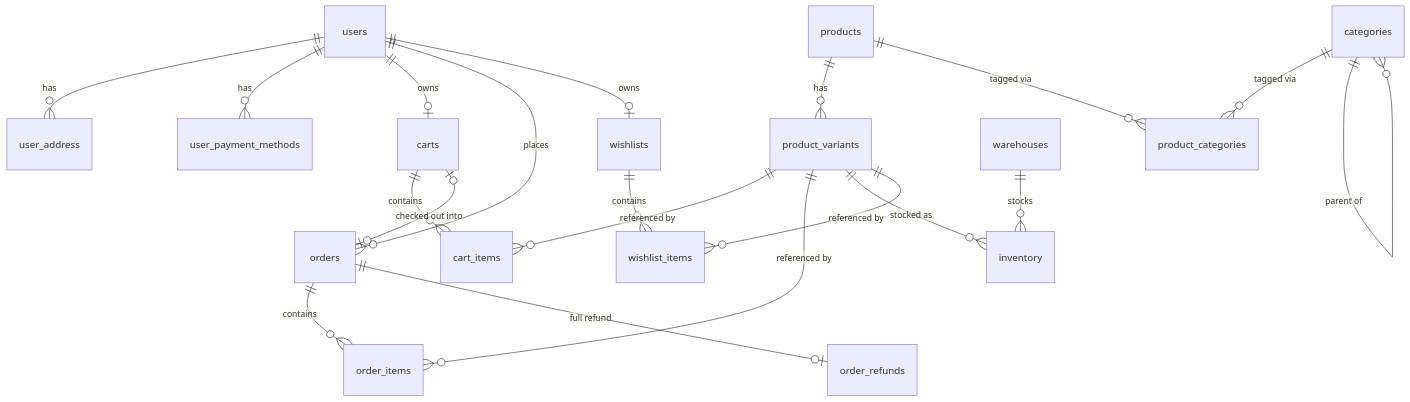
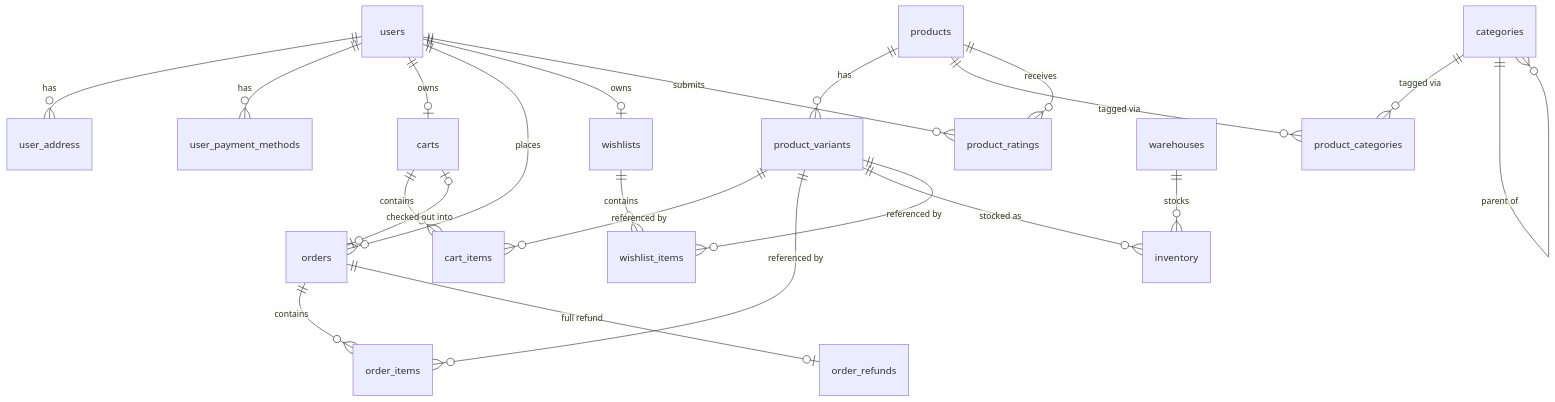
Before and after one commit to VladimirNilov28/dot-com-retail: the diagram in docs/database/FLYWAY_DB.md, drawn with Mermaid. The commit also changed other lines of this file and 22 other files, not shown here.

First line of the commit message:
feat: persist product ratings and add catalog rating sort (#78)

````diff
--- a/docs/database/FLYWAY_DB.md
+++ b/docs/database/FLYWAY_DB.md
@@ -38,27 +39,29 @@
 ```mermaid
 erDiagram
     users ||--o{ user_address : has
     users ||--o{ user_payment_methods : has
     users ||--o| carts : owns
     users ||--o{ orders : places
     users ||--o| wishlists : owns
+    users ||--o{ product_ratings : submits
 
     products ||--o{ product_variants : has
     products ||--o{ product_categories : "tagged via"
+    products ||--o{ product_ratings : receives
     categories ||--o{ product_categories : "tagged via"
     categories ||--o{ categories : "parent of"
 
     carts ||--o{ cart_items : contains
     product_variants ||--o{ cart_items : "referenced by"
 
     orders ||--o{ order_items : contains
     orders ||--o| order_refunds : "full refund"
     product_variants ||--o{ order_items : "referenced by"
     carts |o--o| orders : "checked out into"
 
     warehouses ||--o{ inventory : stocks
     product_variants ||--o{ inventory : "stocked as"
 
     wishlists ||--o{ wishlist_items : contains
     product_variants ||--o{ wishlist_items : "referenced by"
 ```
````
